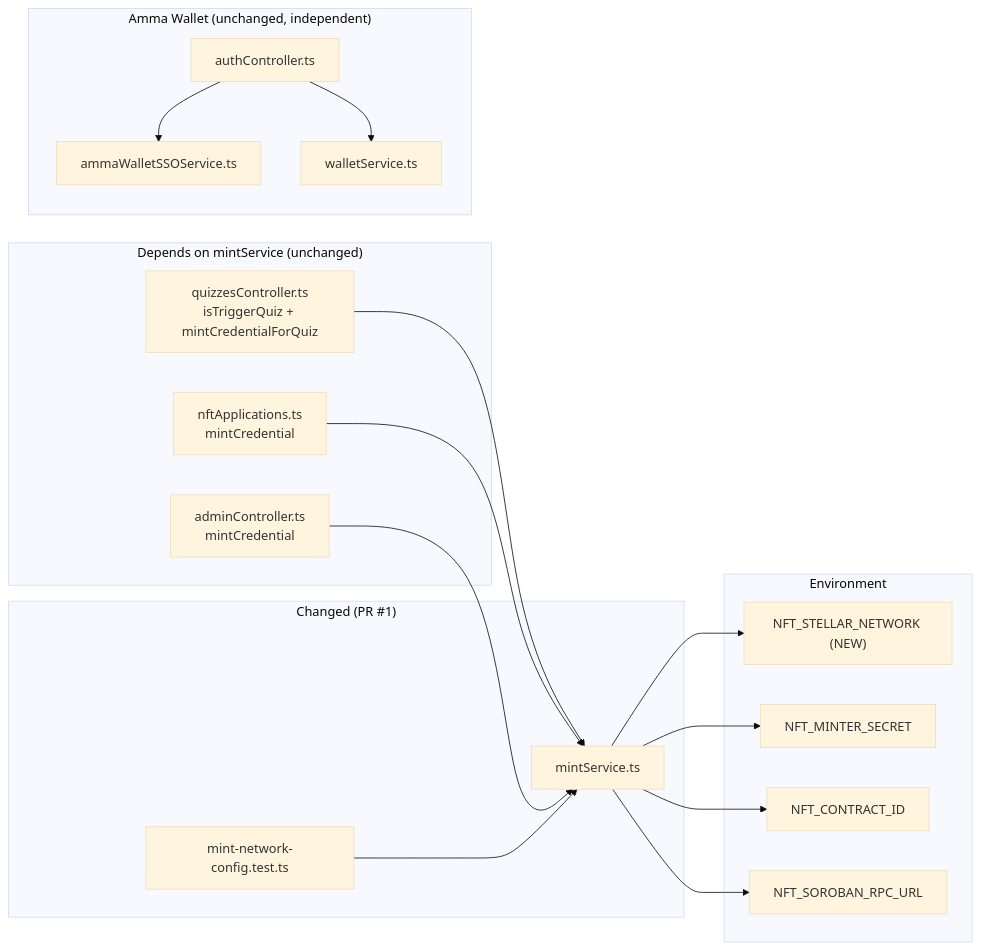
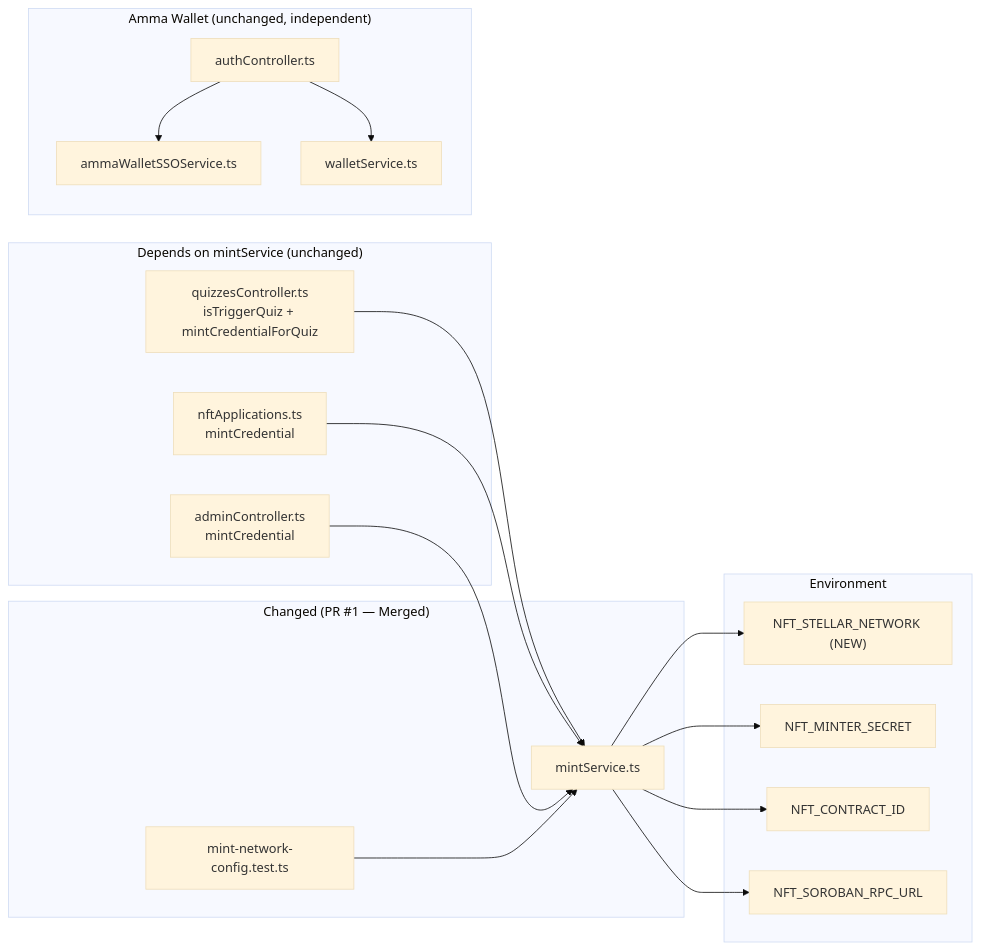
Before and after one commit to SM-Web-Systems/lms-crypto-production: the first of 2 diagrams in docs/superpowers/diagrams/2026-08-19-dependency-map.md, drawn with Mermaid (base theme). The commit also changed other lines of this file and 16 other files, not shown here.

````diff
--- a/docs/superpowers/diagrams/2026-08-19-dependency-map.md
+++ b/docs/superpowers/diagrams/2026-08-19-dependency-map.md
@@ -3,38 +8,38 @@
 ```mermaid
 graph LR
-    subgraph "Changed (PR #1)"
+    subgraph "Changed (PR #1 — Merged)"
         MS["mintService.ts"]
         MT["mint-network-config.test.ts"]
     end
 
     subgraph "Depends on mintService (unchanged)"
         QC["quizzesController.ts<br/>isTriggerQuiz + mintCredentialForQuiz"]
         NA["nftApplications.ts<br/>mintCredential"]
         AC["adminController.ts<br/>mintCredential"]
     end
 
     subgraph "Amma Wallet (unchanged, independent)"
         SSO["ammaWalletSSOService.ts"]
         WS["walletService.ts"]
         AU["authController.ts"]
     end
 
     subgraph "Environment"
         E1["NFT_STELLAR_NETWORK (NEW)"]
         E2["NFT_MINTER_SECRET"]
         E3["NFT_CONTRACT_ID"]
         E4["NFT_SOROBAN_RPC_URL"]
     end
 
     QC --> MS
     NA --> MS
     AC --> MS
     MT --> MS
     MS --> E1
     MS --> E2
     MS --> E3
     MS --> E4
 
     AU --> SSO
     AU --> WS
 ```
````
